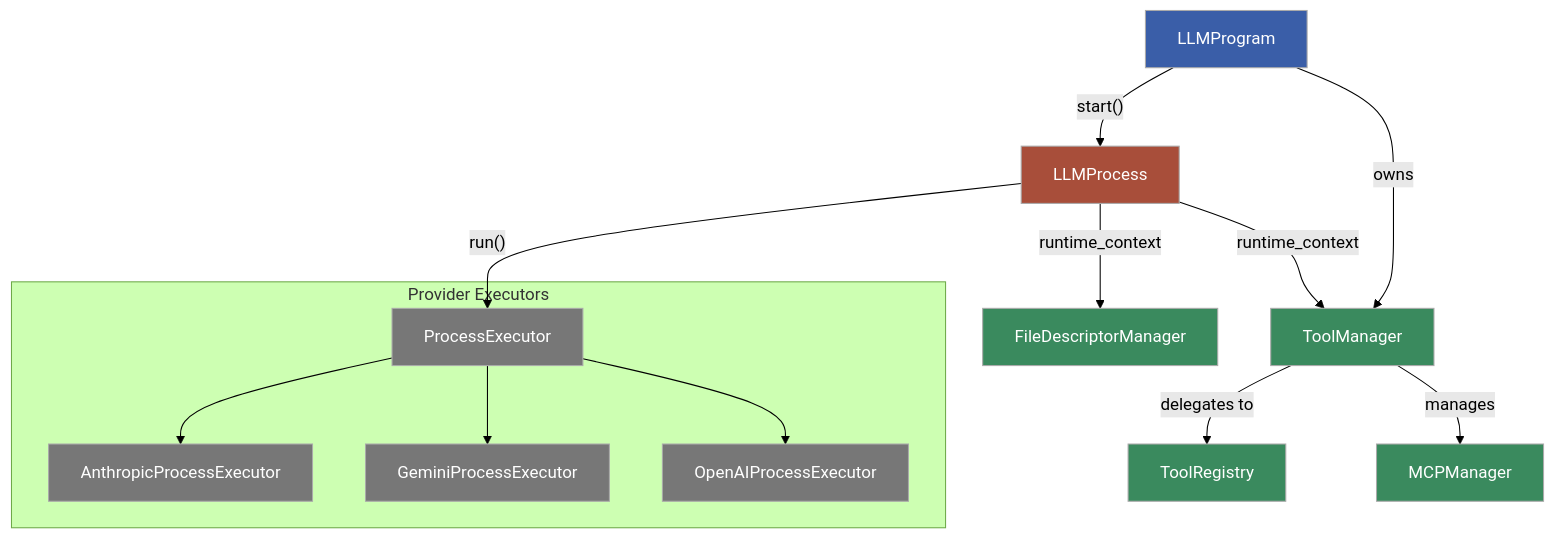
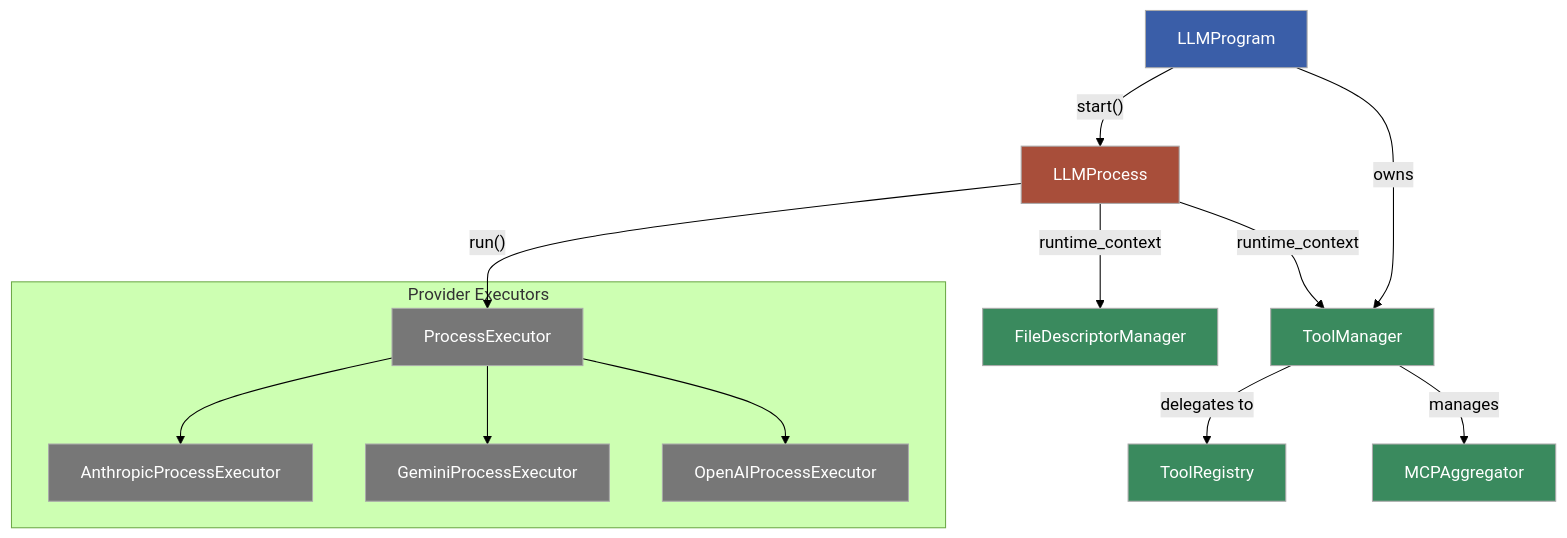
Before and after one commit to changjonathanc/llmproc: the second of 3 diagrams in docs/api/classes.md, drawn with Mermaid (forest theme). The commit also changed other lines of this file and 372 other files, not shown here.

````diff
--- a/docs/api/classes.md
+++ b/docs/api/classes.md
@@ -59,35 +59,35 @@
 ```mermaid
 flowchart TB
     %% Dark mode friendly colors with better contrast
     classDef program fill:#3a5ea8,stroke:#aaa,color:#fff
     classDef process fill:#a84e3a,stroke:#aaa,color:#fff
     classDef manager fill:#3a8a5e,stroke:#aaa,color:#fff
     classDef tool fill:#777,stroke:#aaa,color:#fff
 
     Program[LLMProgram]:::program
     Process[LLMProcess]:::process
     ToolMgr[ToolManager]:::manager
     ToolReg[ToolRegistry]:::manager
     FDMgr[FileDescriptorManager]:::manager
-    MCPMgr[MCPManager]:::manager
+    MCPAgg[MCPAggregator]:::manager
 
     Program -->|"start()"| Process
     Program -->|owns| ToolMgr
     Process -->|runtime_context| ToolMgr
     ToolMgr -->|delegates to| ToolReg
-    ToolMgr -->|manages| MCPMgr
+    ToolMgr -->|manages| MCPAgg
     Process -->|runtime_context| FDMgr
 
     Process -->|"run()"| APIExec
 
     subgraph ProviderExecutors["Provider Executors"]
         APIExec[ProcessExecutor]:::tool
         AnthropicExec[AnthropicProcessExecutor]:::tool
         GeminiExec[GeminiProcessExecutor]:::tool
         OpenAIExec[OpenAIProcessExecutor]:::tool
     end
 
     APIExec --> AnthropicExec
     APIExec --> GeminiExec
     APIExec --> OpenAIExec
 ```
````
